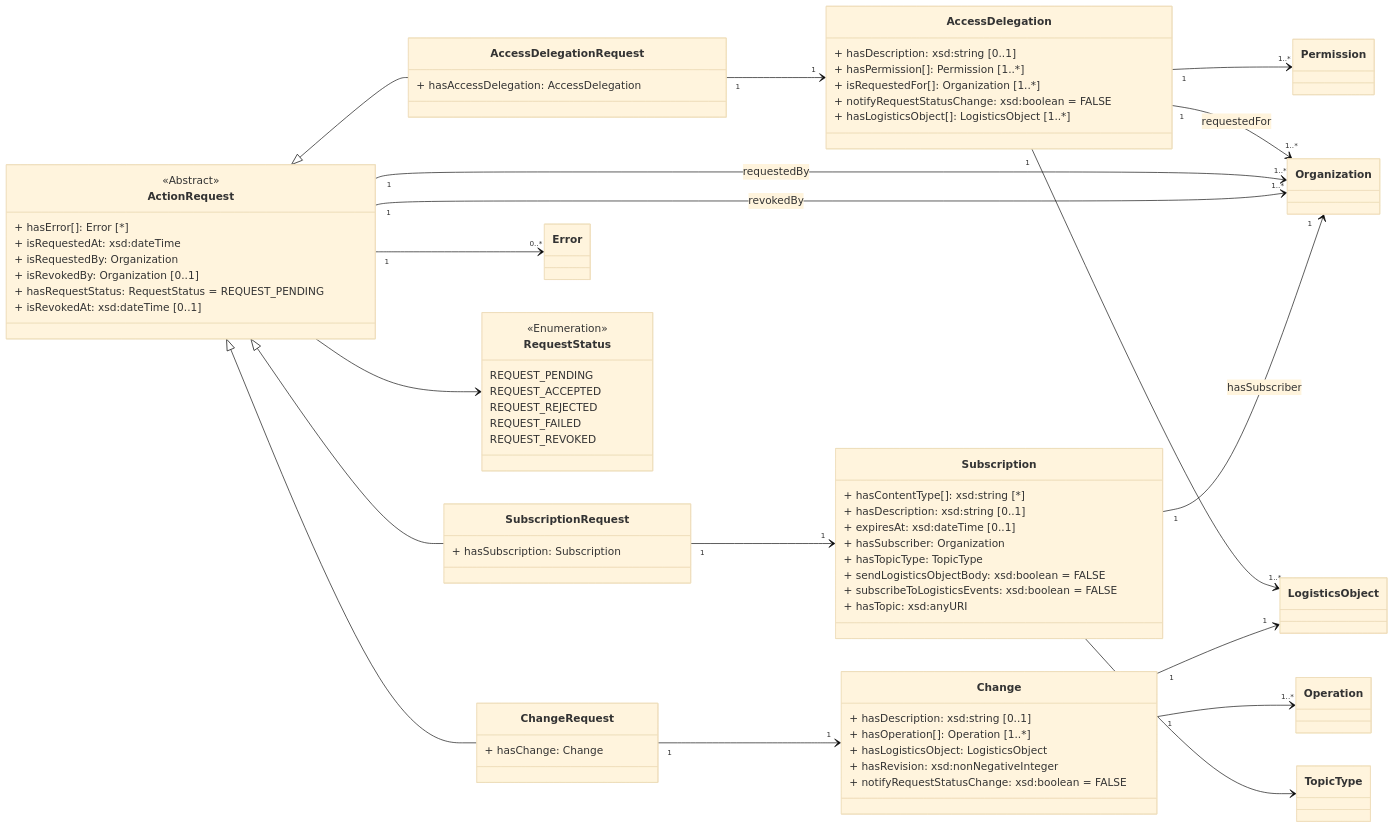
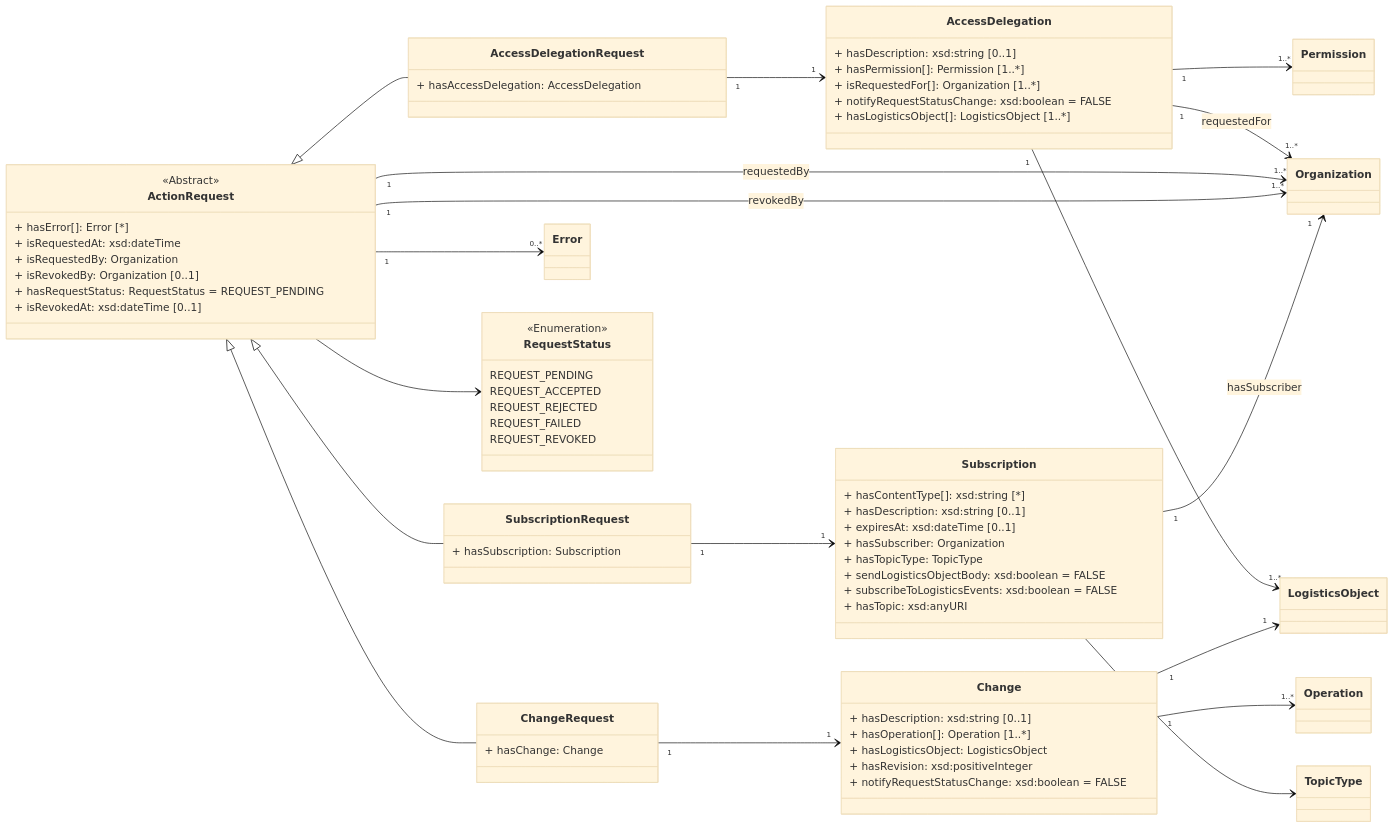
The second of 2 diagrams in working_draft/API/docs/action-requests.md (IATA-Cargo/ONE-Record), drawn with Mermaid (base theme) before and after one commit. The commit also changed 30 other files, not shown here.

```diff
--- a/working_draft/API/docs/action-requests.md
+++ b/working_draft/API/docs/action-requests.md
@@ -104,7 +104,7 @@
         + hasDescription: xsd:string [0..1]    
         + hasOperation[]: Operation [1..*]        
         + hasLogisticsObject: LogisticsObject
-        + hasRevision: xsd:nonNegativeInteger        
+        + hasRevision: xsd:positiveInteger        
         + notifyRequestStatusChange: xsd:boolean = FALSE
     }
     Change "1" --> "1" LogisticsObject
```
